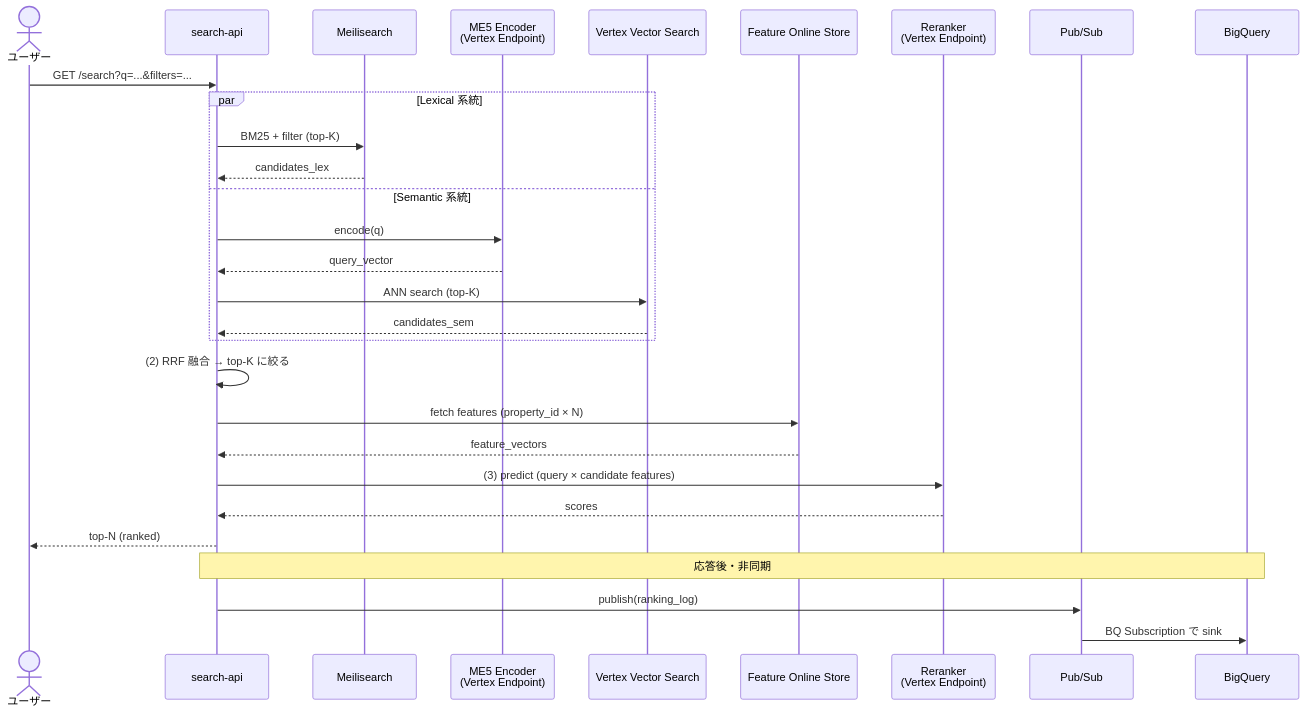
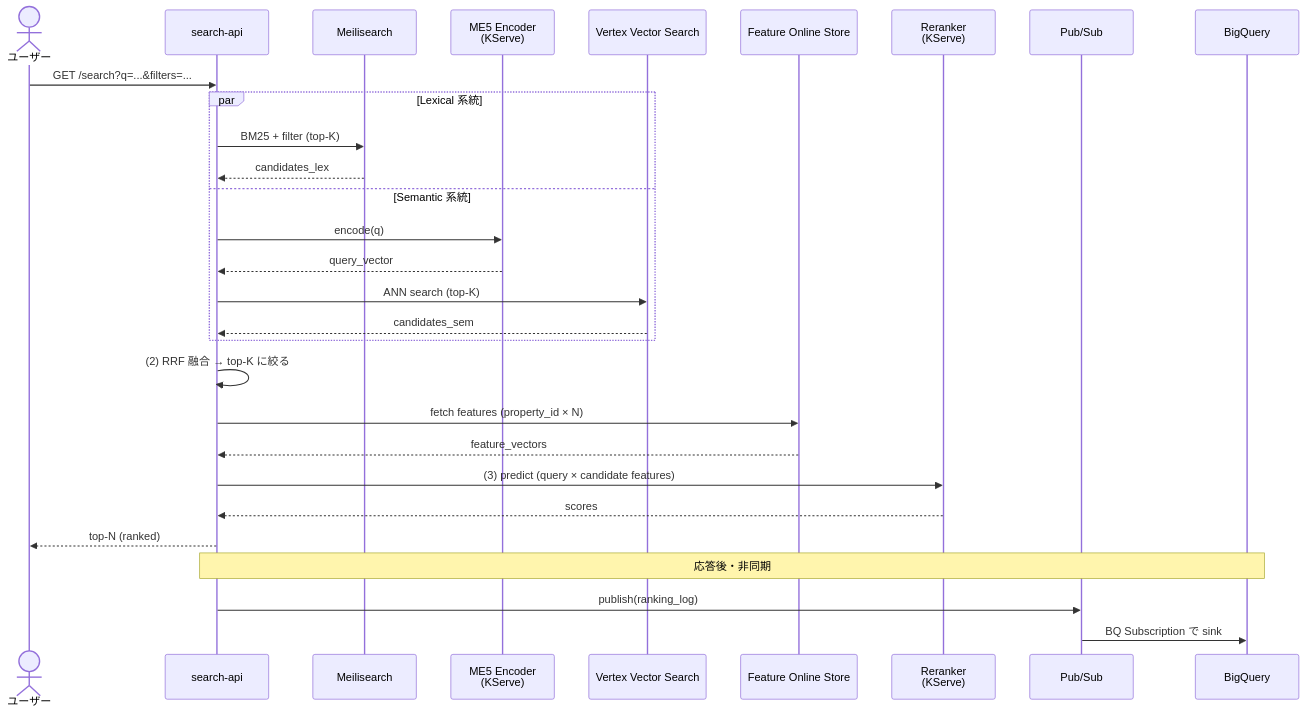
Before and after one commit to kurosawa-kuro/study-gcp-search-mlops-gke: the second of 5 diagrams in docs/architecture/01_仕様と設計.md, drawn with Mermaid. The commit also changed other lines of this file and 4 other files, not shown here.

````diff
--- a/docs/architecture/01_仕様と設計.md
+++ b/docs/architecture/01_仕様と設計.md
@@ -150,33 +132,33 @@
 ```mermaid
 sequenceDiagram
     actor User as ユーザー
     participant API as search-api
     participant Mei as Meilisearch
-    participant Enc as ME5 Encoder<br/>(Vertex Endpoint)
+    participant Enc as ME5 Encoder<br/>(KServe)
     participant VVS as Vertex Vector Search
     participant FOS as Feature Online Store
-    participant RR as Reranker<br/>(Vertex Endpoint)
+    participant RR as Reranker<br/>(KServe)
     participant PS as Pub/Sub
     participant BQ as BigQuery
 
     User->>API: GET /search?q=...&filters=...
     par Lexical 系統
         API->>Mei: BM25 + filter (top-K)
         Mei-->>API: candidates_lex
     and Semantic 系統
         API->>Enc: encode(q)
         Enc-->>API: query_vector
         API->>VVS: ANN search (top-K)
         VVS-->>API: candidates_sem
     end
     API->>API: (2) RRF 融合 → top-K に絞る
     API->>FOS: fetch features (property_id × N)
     FOS-->>API: feature_vectors
     API->>RR: (3) predict (query × candidate features)
     RR-->>API: scores
     API-->>User: top-N (ranked)
 
     Note over API,BQ: 応答後・非同期
     API->>PS: publish(ranking_log)
     PS->>BQ: BQ Subscription で sink
 ```
````
